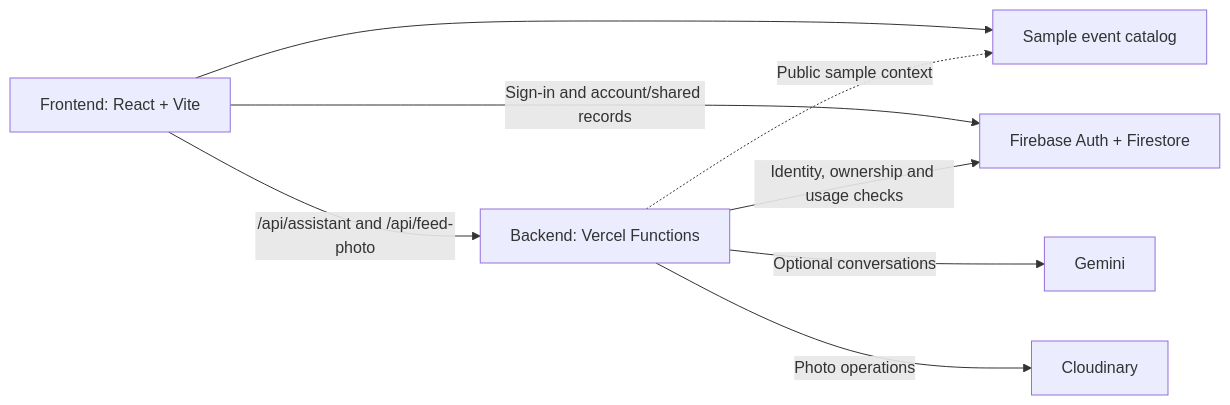
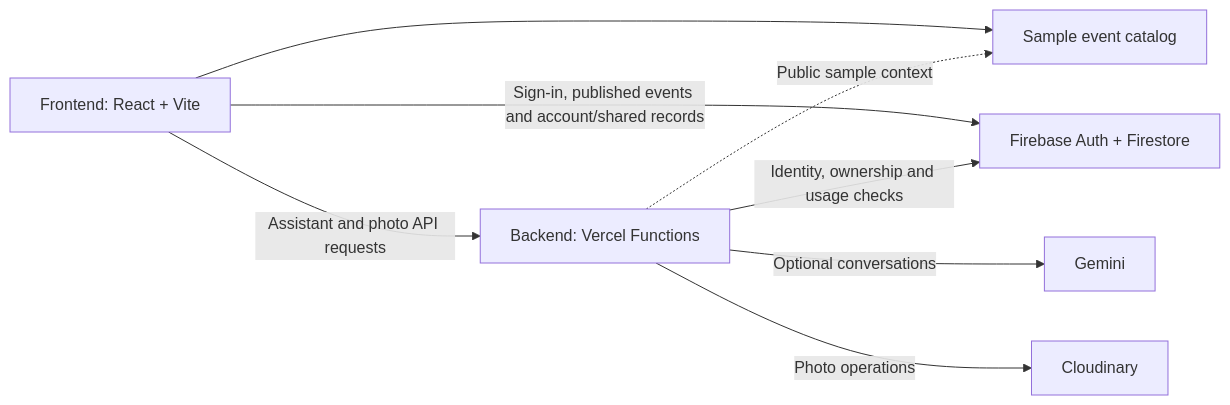
One commit to CapstoneDesign-Fall2026-UlsanCollege/Team_4_Capstone_project changed the diagram in README.md. Above: the diagram before and after it, drawn with Mermaid. The commit also changed other lines of this file, not shown here.

````diff
--- a/README.md
+++ b/README.md
@@ -107,10 +130,10 @@
 ```mermaid
 flowchart LR
     UI["Frontend: React + Vite"] --> Catalog["Sample event catalog"]
-    UI -->|"Sign-in and account/shared records"| Firebase["Firebase Auth + Firestore"]
-    UI -->|"/api/assistant and /api/feed-photo"| API["Backend: Vercel Functions"]
+    UI -->|"Sign-in, published events and account/shared records"| Firebase["Firebase Auth + Firestore"]
+    UI -->|"Assistant and photo API requests"| API["Backend: Vercel Functions"]
     API -->|"Identity, ownership and usage checks"| Firebase
     API -->|"Optional conversations"| Gemini["Gemini"]
     API -->|"Photo operations"| Cloudinary["Cloudinary"]
     API -.->|"Public sample context"| Catalog
 ```
````
